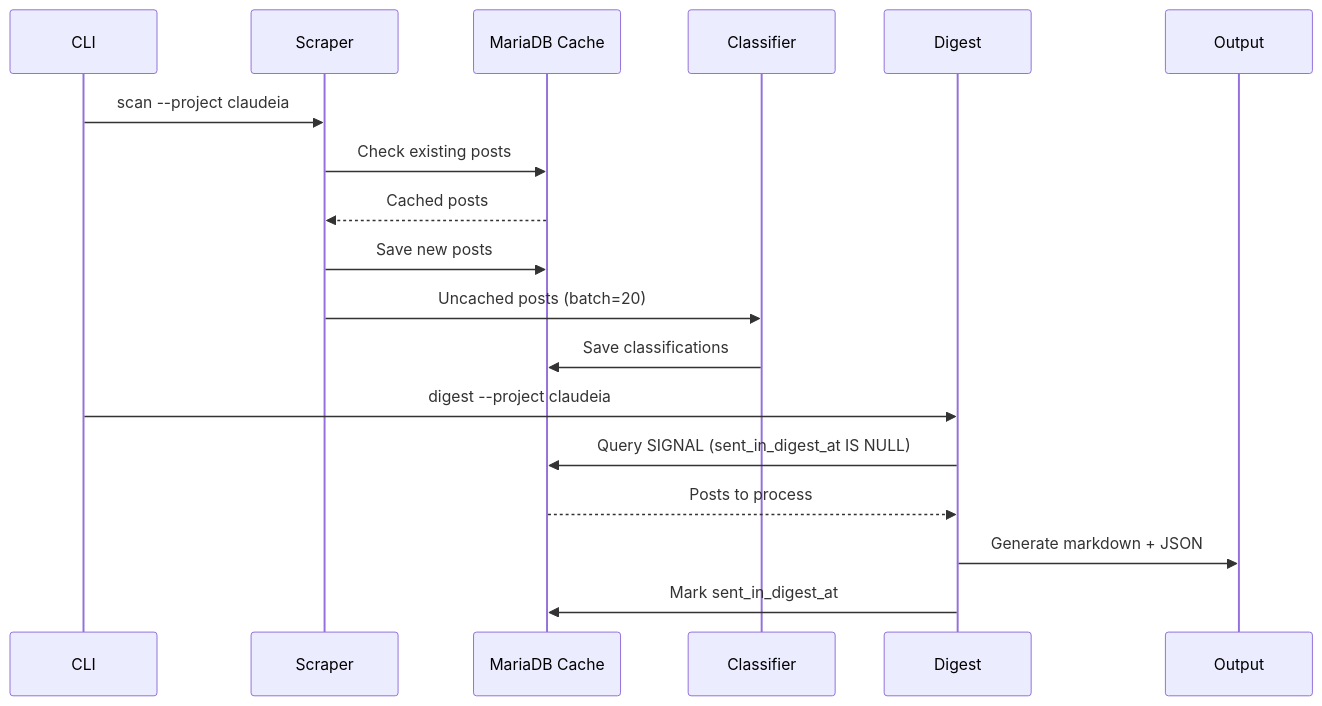
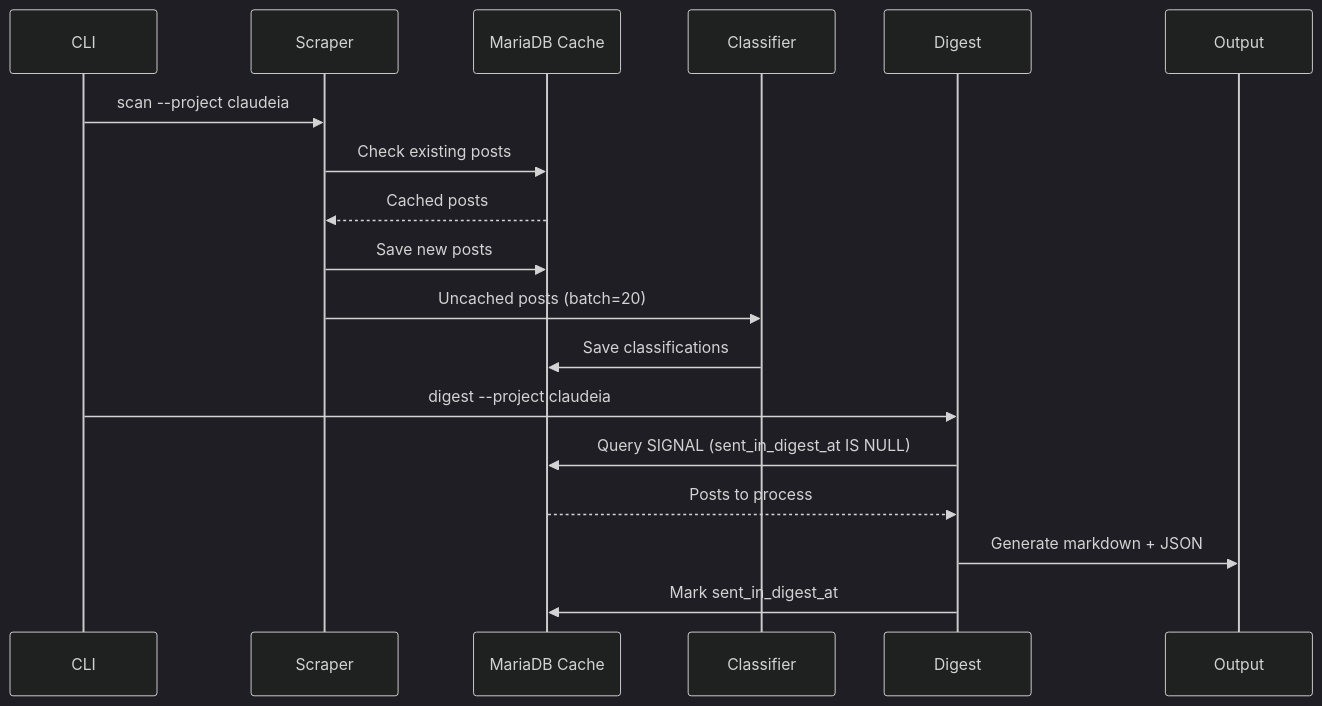
The second of 3 diagrams in ARCHITECTURE.md (Zell0ss/claude-redditor), drawn with Mermaid before and after one commit. The commit also changed other lines of this file and 22 other files, not shown here.

````diff
--- a/ARCHITECTURE.md
+++ b/ARCHITECTURE.md
@@ -49,22 +50,23 @@
 ```mermaid
+%%{ init: { "theme": "dark" } }%%
 sequenceDiagram
     participant CLI
     participant Scraper
     participant Cache as MariaDB Cache
     participant Classifier
     participant Digest
     participant Output
 
     CLI->>Scraper: scan --project claudeia
     Scraper->>Cache: Check existing posts
     Cache-->>Scraper: Cached posts
     Scraper->>Cache: Save new posts
     Scraper->>Classifier: Uncached posts (batch=20)
     Classifier->>Cache: Save classifications
 
     CLI->>Digest: digest --project claudeia
     Digest->>Cache: Query SIGNAL (sent_in_digest_at IS NULL)
     Cache-->>Digest: Posts to process
     Digest->>Output: Generate markdown + JSON
     Digest->>Cache: Mark sent_in_digest_at
 ```
````
